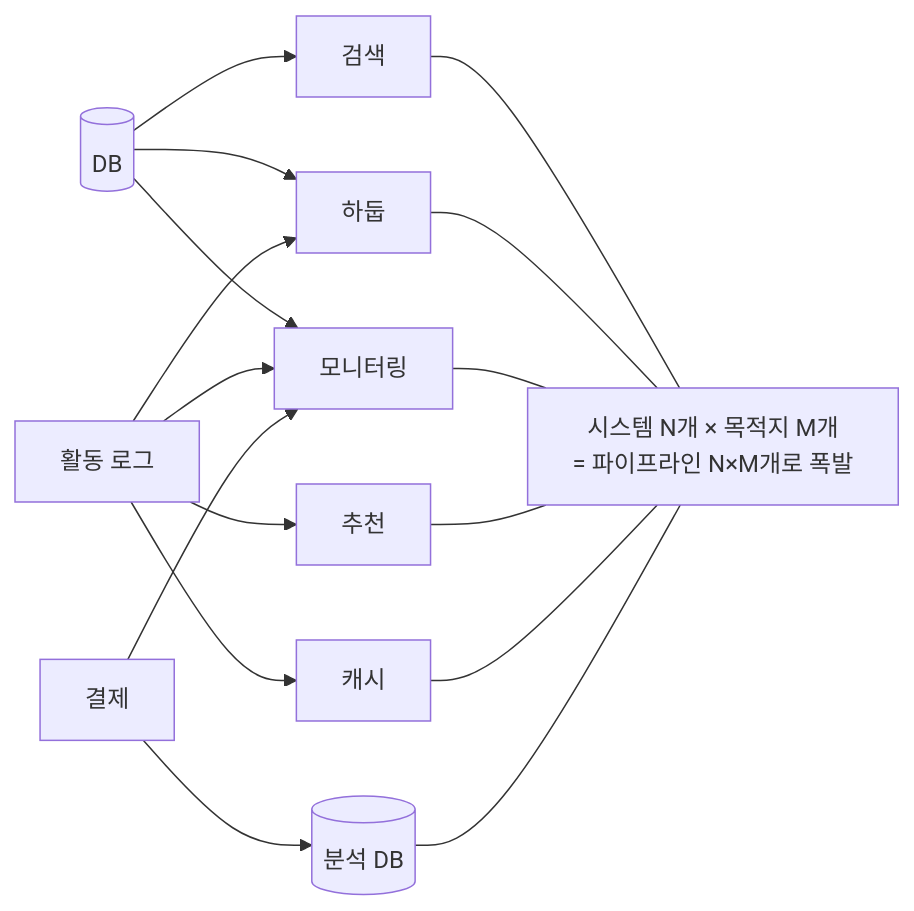
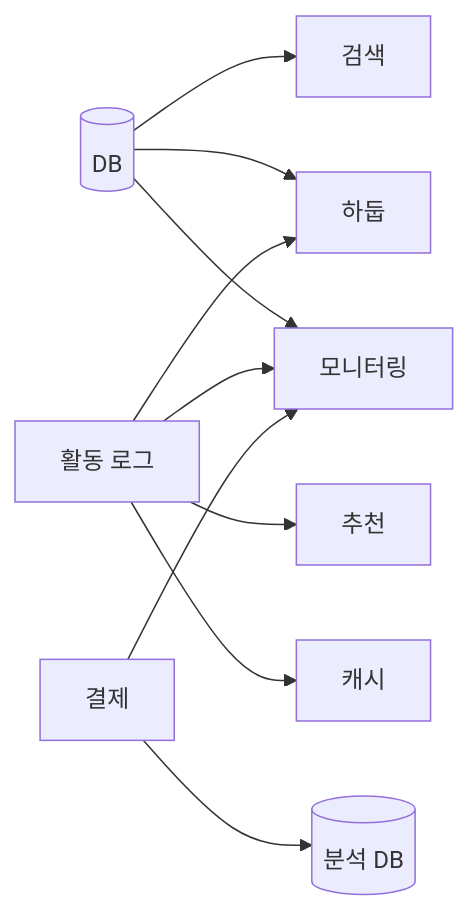
Before and after one commit to ghtjr410/kafka-lab: the first of 2 diagrams in docs/book/1-internals/00-prologue.md, drawn with Mermaid. The commit also changed other lines of this file, not shown here.

````diff
--- a/docs/book/1-internals/00-prologue.md
+++ b/docs/book/1-internals/00-prologue.md
@@ -24,7 +24,6 @@
 ```mermaid
 graph LR
     DB[(DB)] --> 검색 & 하둡 & 모니터링
     활동[활동 로그] --> 하둡 & 모니터링 & 추천 & 캐시
     결제[결제] --> DB2[(분석 DB)] & 모니터링
-    검색 & 하둡 & 모니터링 & 추천 & 캐시 & DB2 --- N["시스템 N개 × 목적지 M개<br/>= 파이프라인 N×M개로 폭발"]
 ```
````
